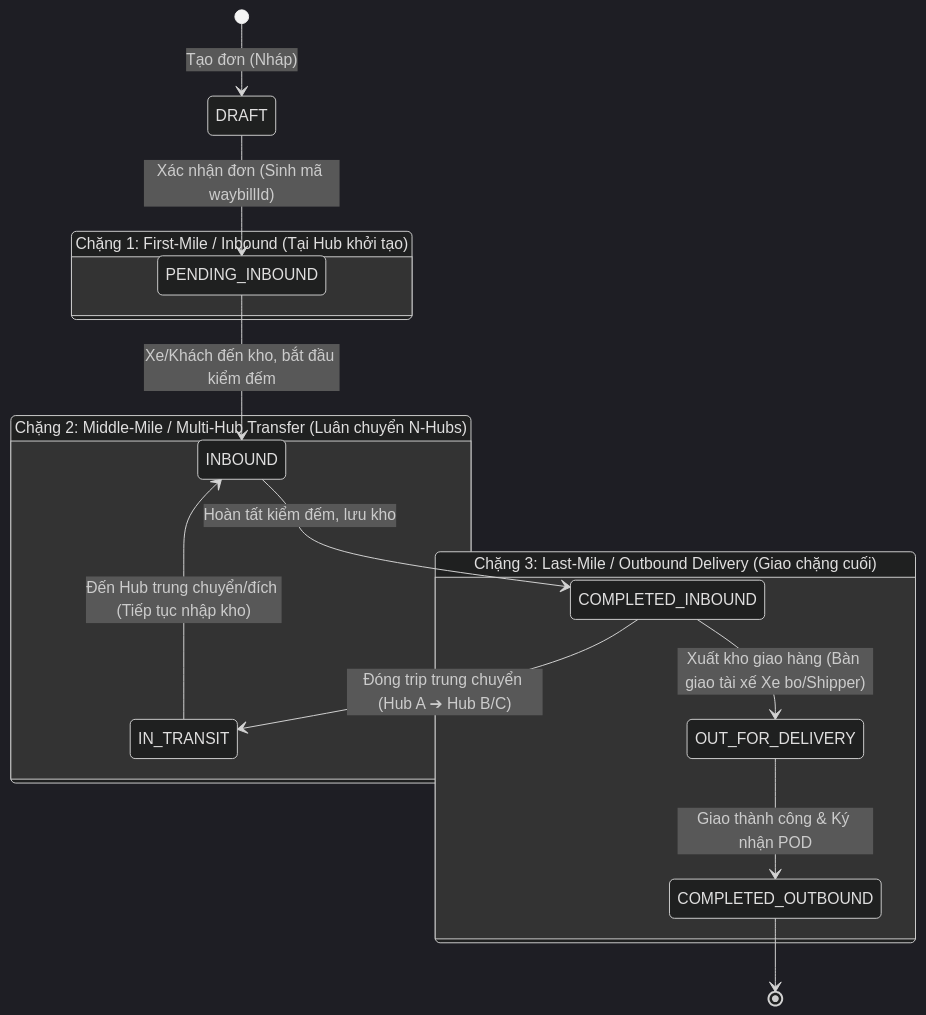
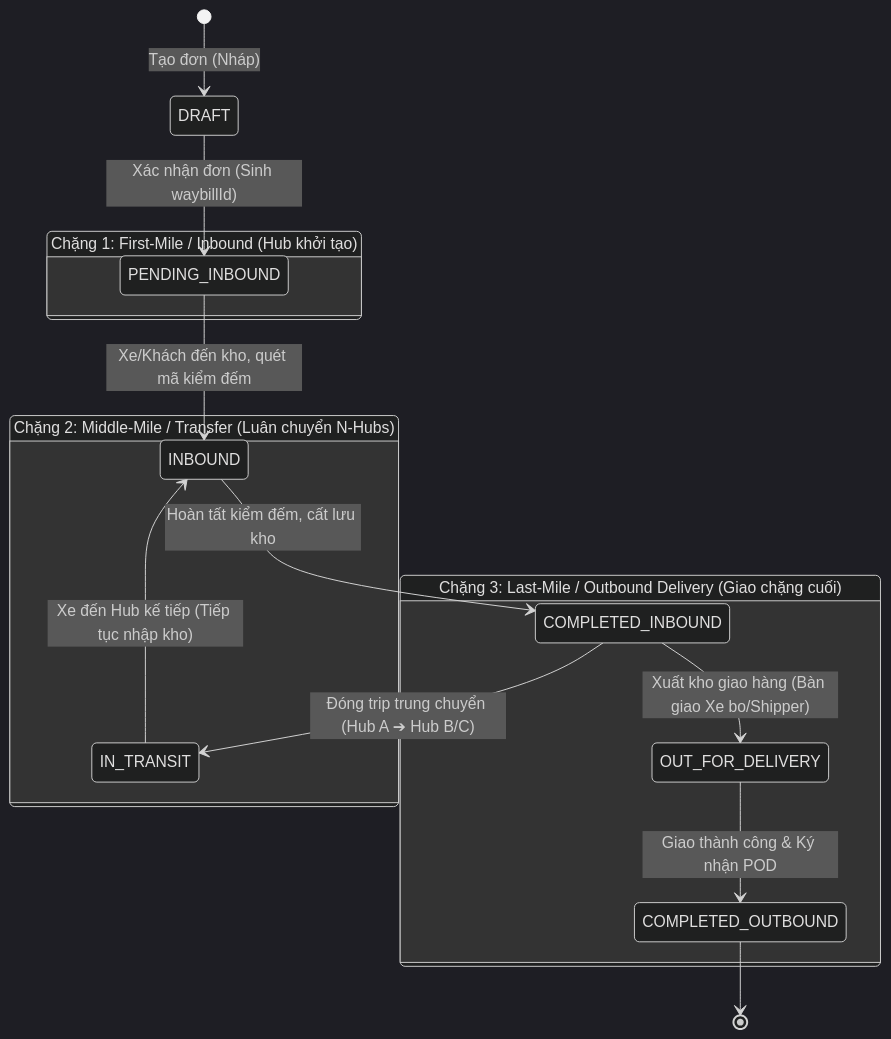
One commit to lyquangthai1993/logistics-website changed the second of 2 diagrams in Task_Warehouse_Design_UI.md. Above: the diagram before and after it, drawn with Mermaid (dark theme). The commit also changed other lines of this file and 4 other files, not shown here.

Commit message:
feat: add scripts to audit, inspect, and automate schema updates for warehouse workflow pencil files

````diff
--- a/Task_Warehouse_Design_UI.md
+++ b/Task_Warehouse_Design_UI.md
@@ -71,22 +129,22 @@
 ```mermaid
 stateDiagram-v2
     [*] --> DRAFT: Tạo đơn (Nháp)
-    DRAFT --> PENDING_INBOUND: Xác nhận đơn (Sinh mã waybillId)
+    DRAFT --> PENDING_INBOUND: Xác nhận đơn (Sinh waybillId)
     
-    state "Chặng 1: First-Mile / Inbound (Tại Hub khởi tạo)" as Phase1 {
-        PENDING_INBOUND --> INBOUND: Xe/Khách đến kho, bắt đầu kiểm đếm
-        INBOUND --> COMPLETED_INBOUND: Hoàn tất kiểm đếm, lưu kho
+    state "Chặng 1: First-Mile / Inbound (Hub khởi tạo)" as Phase1 {
+        PENDING_INBOUND --> INBOUND: Xe/Khách đến kho, quét mã kiểm đếm
+        INBOUND --> COMPLETED_INBOUND: Hoàn tất kiểm đếm, cất lưu kho
     }
 
-    state "Chặng 2: Middle-Mile / Multi-Hub Transfer (Luân chuyển N-Hubs)" as Phase2 {
+    state "Chặng 2: Middle-Mile / Transfer (Luân chuyển N-Hubs)" as Phase2 {
         COMPLETED_INBOUND --> IN_TRANSIT: Đóng trip trung chuyển (Hub A ➔ Hub B/C)
-        IN_TRANSIT --> INBOUND: Đến Hub trung chuyển/đích (Tiếp tục nhập kho)
+        IN_TRANSIT --> INBOUND: Xe đến Hub kế tiếp (Tiếp tục nhập kho)
     }
 
     state "Chặng 3: Last-Mile / Outbound Delivery (Giao chặng cuối)" as Phase3 {
-        COMPLETED_INBOUND --> OUT_FOR_DELIVERY: Xuất kho giao hàng (Bàn giao tài xế Xe bo/Shipper)
+        COMPLETED_INBOUND --> OUT_FOR_DELIVERY: Xuất kho giao hàng (Bàn giao Xe bo/Shipper)
         OUT_FOR_DELIVERY --> COMPLETED_OUTBOUND: Giao thành công & Ký nhận POD
     }
 
     COMPLETED_OUTBOUND --> [*]
 ```
````
